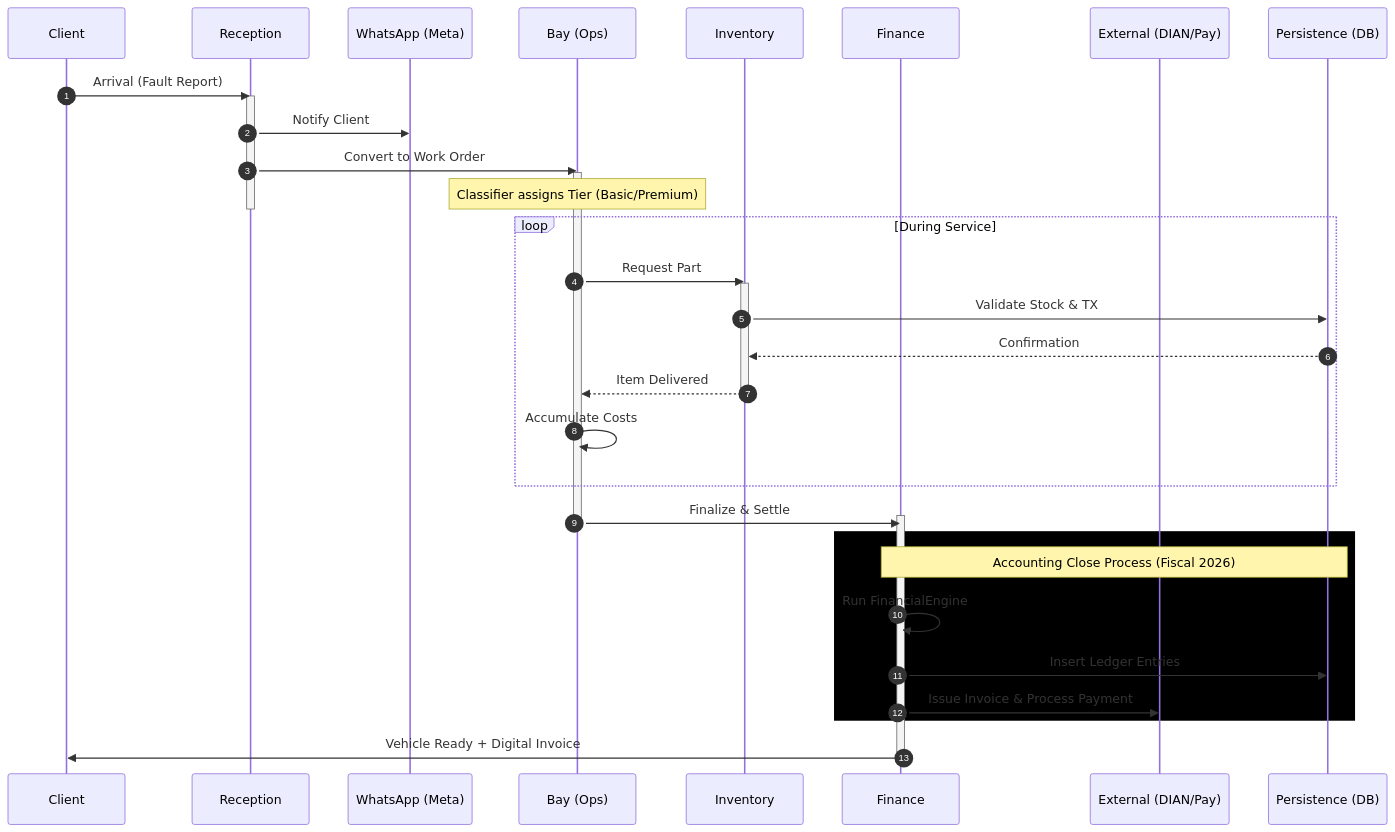
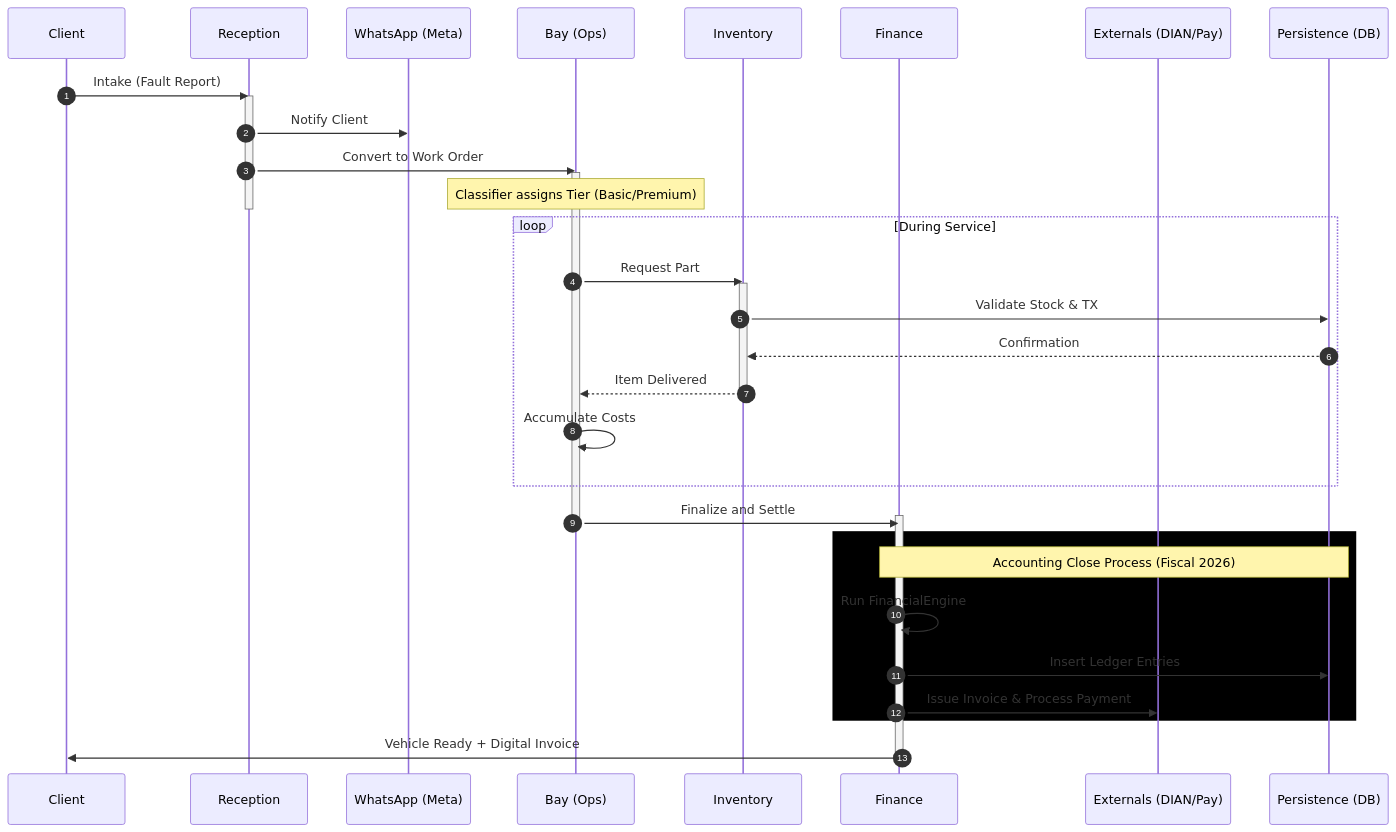
One commit to brandonjimenez21/efiscoArchitecture changed the second of 4 diagrams in README.md. Above: the diagram before and after it, drawn with Mermaid. The commit also changed other lines of this file, not shown here.

````diff
--- a/README.md
+++ b/README.md
@@ -74,44 +101,44 @@
 ```mermaid
 sequenceDiagram
     autonumber
     participant C as Client
     participant R as Reception
     participant WA as WhatsApp (Meta)
     participant B as Bay (Ops)
     participant I as Inventory
     participant F as Finance
-    participant EXT as External (DIAN/Pay)
+    participant EXT as Externals (DIAN/Pay)
     participant DB as Persistence (DB)
 
-    C->>R: Arrival (Fault Report)
+    C->>R: Intake (Fault Report)
     activate R
     R->>WA: Notify Client
     R->>B: Convert to Work Order
     activate B
     Note over B: Classifier assigns Tier (Basic/Premium)
     deactivate R
 
     loop During Service
         B->>I: Request Part
         activate I
         I->>DB: Validate Stock & TX
         DB-->>I: Confirmation
         I-->>B: Item Delivered
         deactivate I
         B->>B: Accumulate Costs
     end
 
-    B->>F: Finalize & Settle
+    B->>F: Finalize and Settle
     activate F
     deactivate B
 
     rect rgb(0, 0, 0)
         Note over F, DB: Accounting Close Process (Fiscal 2026)
         F->>F: Run FinancialEngine
         F->>DB: Insert Ledger Entries
         F->>EXT: Issue Invoice & Process Payment
     end
 
     F->>C: Vehicle Ready + Digital Invoice
     deactivate F
 ```
````
